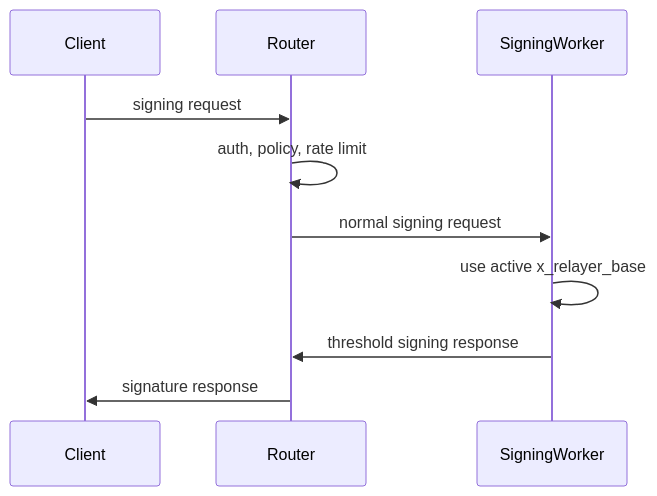
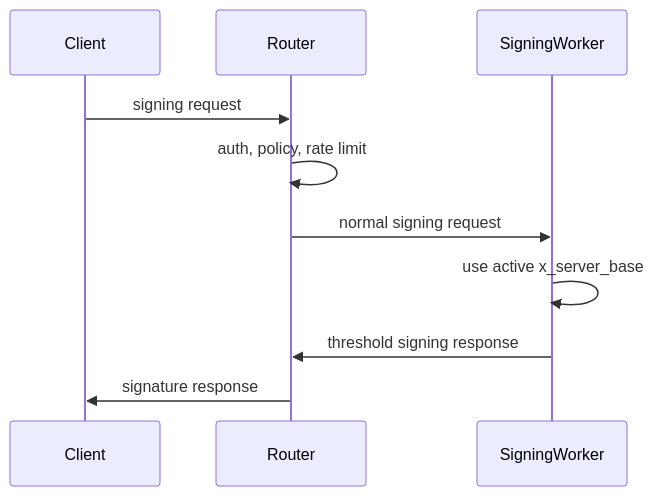
The second of 3 diagrams in docs/router-A-B-signer-SPEC.md (seams-tech/seams-sdk), drawn with Mermaid before and after one commit. The commit also changed other lines of this file and 26 other files, not shown here.

````diff
--- a/docs/router-A-B-signer-SPEC.md
+++ b/docs/router-A-B-signer-SPEC.md
@@ -1328,13 +1328,13 @@
 ```mermaid
 sequenceDiagram
   participant C as Client
   participant R as Router
   participant SW as SigningWorker
 
   C->>R: signing request
   R->>R: auth, policy, rate limit
   R->>SW: normal signing request
-  SW->>SW: use active x_relayer_base
+  SW->>SW: use active x_server_base
   SW->>R: threshold signing response
   R->>C: signature response
 ```
````
